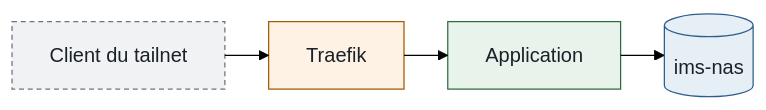
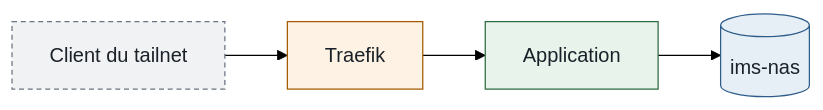
The diagram in reference/contribuer.md (ims-world/docs), drawn with Mermaid (forest theme) before and after one commit. The commit also changed other lines of this file and 7 other files, not shown here.

First line of the commit message:
docs: schemas sans ELK, depots Forgejo sur le NAS, noms tailnet, fiche VM 106

````diff
--- a/reference/contribuer.md
+++ b/reference/contribuer.md
@@ -181,15 +181,14 @@
 ```mermaid
-%%{init: {'flowchart': {'defaultRenderer': 'elk'}}}%%
 flowchart LR
   client[Client du tailnet] --> traefik[Traefik]
   traefik --> app[Application]
   app --> nas[(ims-nas)]
   class client externe
   class traefik reseau
   class app service
   class nas hote
   classDef hote fill:#e6eef6,stroke:#2f5d8a,color:#1b2129
   classDef service fill:#e8f3eb,stroke:#2e6b3f,color:#1b2129
   classDef reseau fill:#fdf2e3,stroke:#a35a00,color:#1b2129
   classDef externe fill:#f1f2f4,stroke:#6b7480,color:#1b2129,stroke-dasharray:4 3
 ```
````
